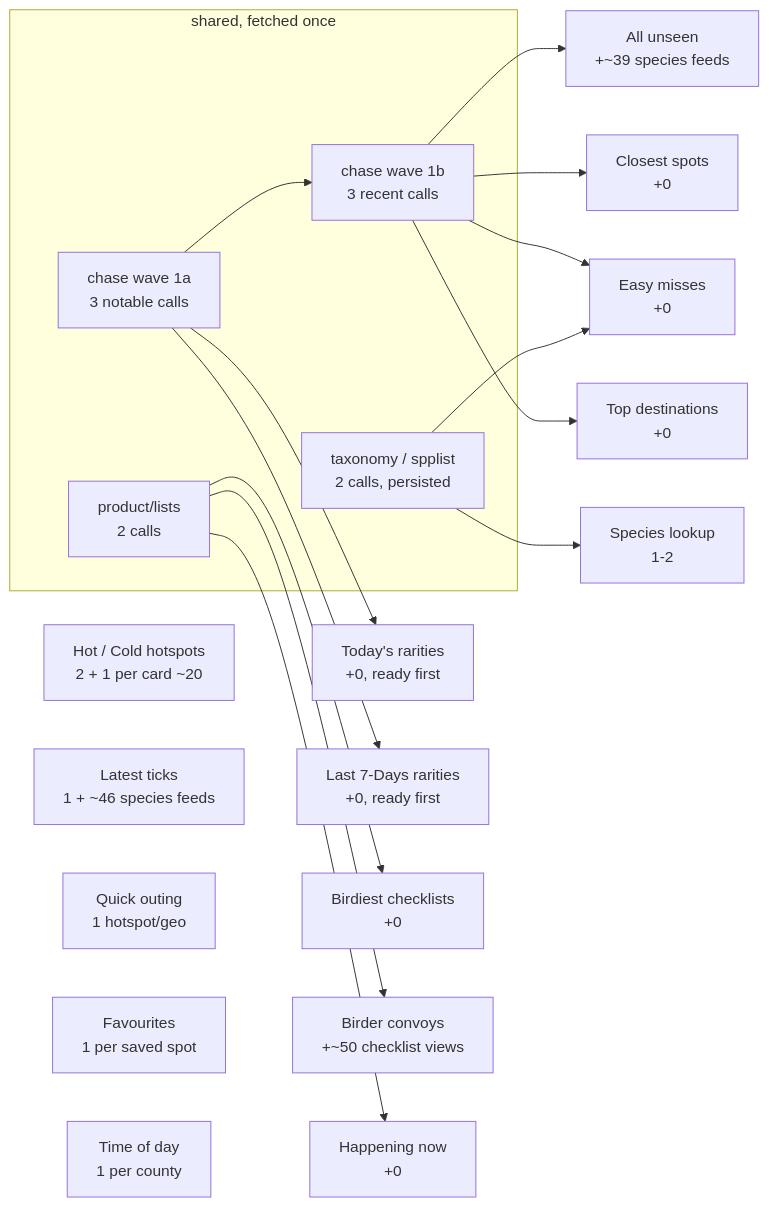
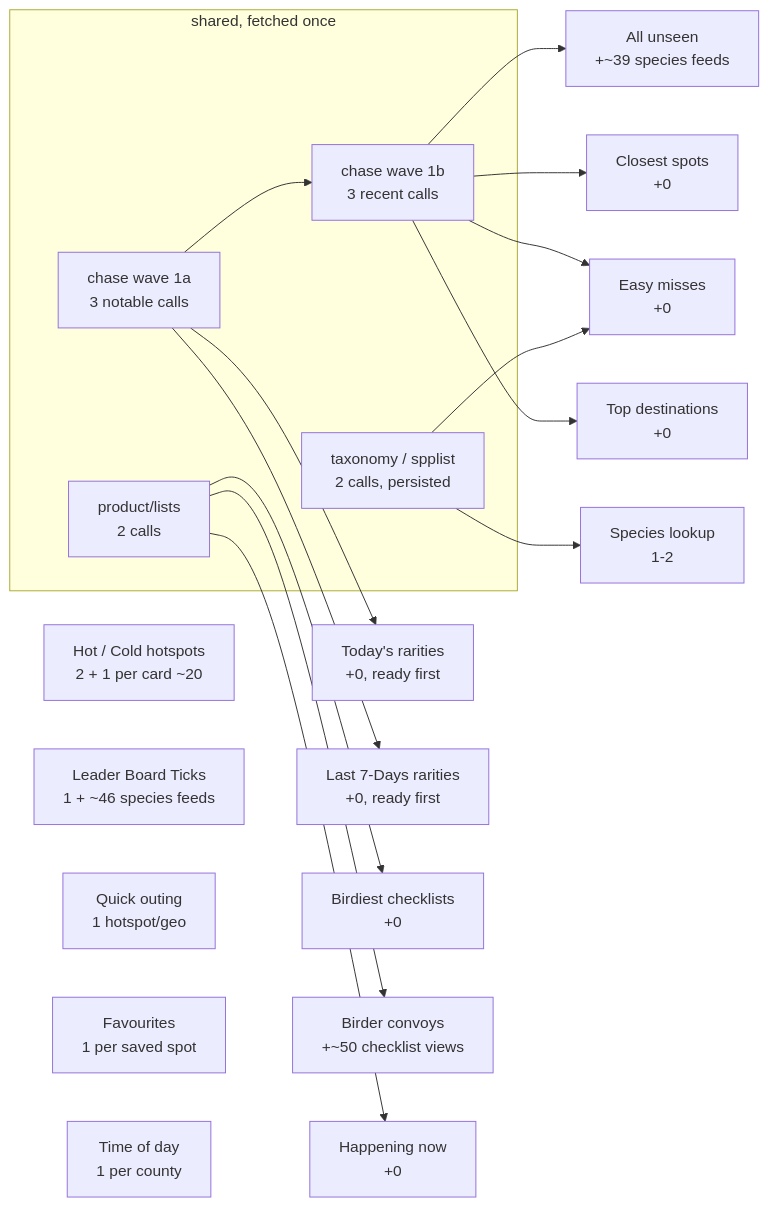
One commit to WyattHoutz/birding-app changed the diagram in docs/API-CALLS.md. Above: the diagram before and after it, drawn with Mermaid. The commit also changed other lines of this file and 13 other files, not shown here.

````diff
--- a/docs/API-CALLS.md
+++ b/docs/API-CALLS.md
@@ -56,31 +56,31 @@
 ```mermaid
 graph LR
   subgraph SHARED["shared, fetched once"]
     W1["chase wave 1a<br/>3 notable calls"]
     W2["chase wave 1b<br/>3 recent calls"]
     L["product/lists<br/>2 calls"]
     T["taxonomy / spplist<br/>2 calls, persisted"]
   end
 
   W1 --> TODAY["Today's rarities<br/>+0, ready first"]
   W1 --> RARE["Last 7-Days rarities<br/>+0, ready first"]
   W1 --> W2
   W2 --> UNSEEN["All unseen<br/>+~39 species feeds"]
   W2 --> CLOSEST["Closest spots<br/>+0"]
   W2 --> EASY["Easy misses<br/>+0"]
   W2 --> DEST["Top destinations<br/>+0"]
 
   L --> BIRD["Birdiest checklists<br/>+0"]
   L --> CONV["Birder convoys<br/>+~50 checklist views"]
   L --> NOW["Happening now<br/>+0"]
 
   HOT["Hot / Cold hotspots<br/>2 + 1 per card ~20"]
-  TICKS["Latest ticks<br/>1 + ~46 species feeds"]
+  TICKS["Leader Board Ticks<br/>1 + ~46 species feeds"]
   QUICK["Quick outing<br/>1 hotspot/geo"]
   LOOK["Species lookup<br/>1-2"]
   FAV["Favourites<br/>1 per saved spot"]
   TOD["Time of day<br/>1 per county"]
 
   T --> LOOK
   T --> EASY
 ```
````
